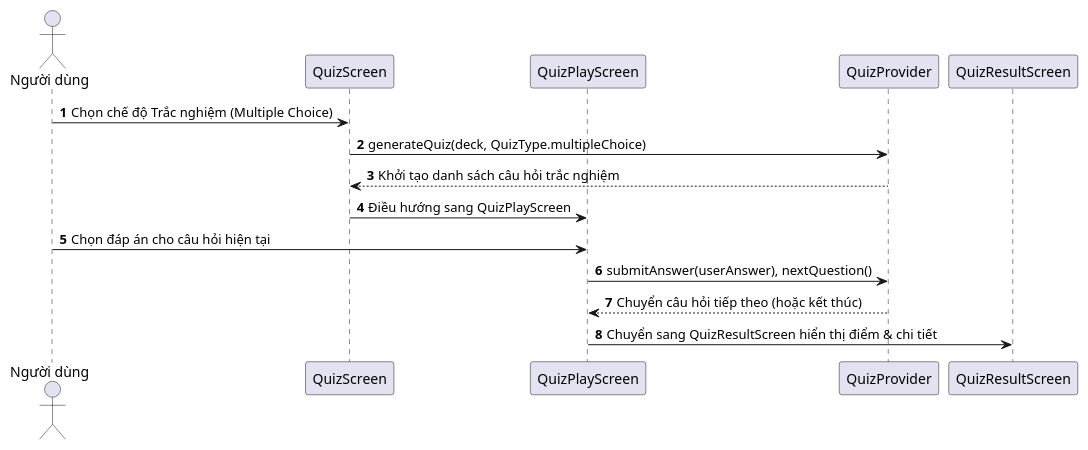
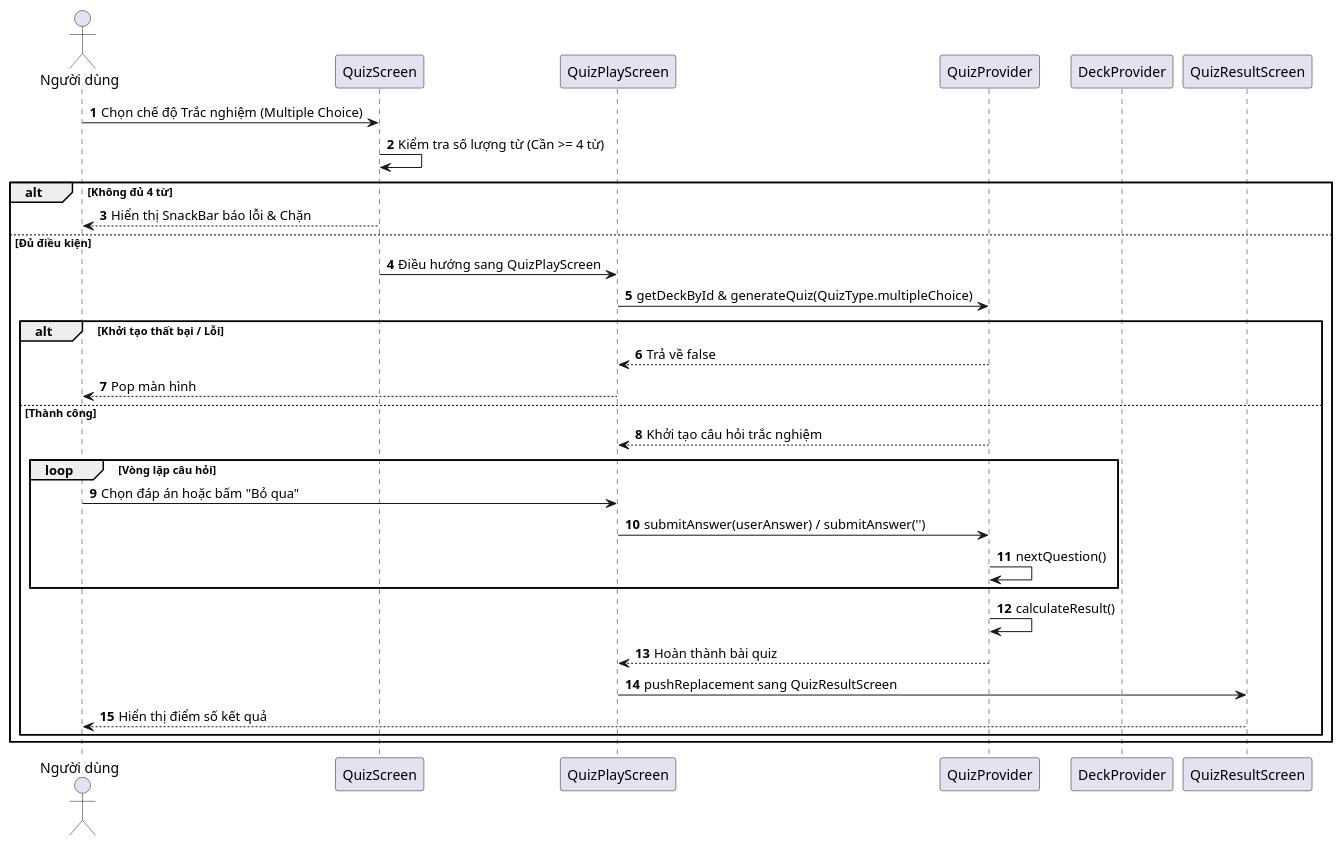
One commit to hoang-adu/2026_2027_1_1_LTTBDD_N01_Nhom_2 changed the diagram in docs/sequence_quiz_multiple_choice.puml. Above: the diagram before and after it, drawn with PlantUML. The commit also changed 3 other files, not shown here.

```diff
--- a/docs/sequence_quiz_multiple_choice.puml
+++ b/docs/sequence_quiz_multiple_choice.puml
@@ -1,17 +1,33 @@
 @startuml
 autonumber
 actor "Người dùng" as User
 participant "QuizScreen" as UI1
 participant "QuizPlayScreen" as UI2
 participant "QuizProvider" as Provider
+participant "DeckProvider" as DeckProvider
 participant "QuizResultScreen" as UIResult
 
 User -> UI1: Chọn chế độ Trắc nghiệm (Multiple Choice)
-UI1 -> Provider: generateQuiz(deck, QuizType.multipleChoice)
-Provider --> UI1: Khởi tạo danh sách câu hỏi trắc nghiệm
-UI1 -> UI2: Điều hướng sang QuizPlayScreen
-User -> UI2: Chọn đáp án cho câu hỏi hiện tại
-UI2 -> Provider: submitAnswer(userAnswer), nextQuestion()
-Provider --> UI2: Chuyển câu hỏi tiếp theo (hoặc kết thúc)
-UI2 -> UIResult: Chuyển sang QuizResultScreen hiển thị điểm & chi tiết
+UI1 -> UI1: Kiểm tra số lượng từ (Cần >= 4 từ)
+alt Không đủ 4 từ
+    UI1 --> User: Hiển thị SnackBar báo lỗi & Chặn
+else Đủ điều kiện
+    UI1 -> UI2: Điều hướng sang QuizPlayScreen
+    UI2 -> Provider: getDeckById & generateQuiz(QuizType.multipleChoice)
+    alt Khởi tạo thất bại / Lỗi
+        Provider --> UI2: Trả về false
+        UI2 --> User: Pop màn hình
+    else Thành công
+        Provider --> UI2: Khởi tạo câu hỏi trắc nghiệm
+        loop Vòng lặp câu hỏi
+            User -> UI2: Chọn đáp án hoặc bấm "Bỏ qua"
+            UI2 -> Provider: submitAnswer(userAnswer) / submitAnswer('')
+            Provider -> Provider: nextQuestion()
+        end
+        Provider -> Provider: calculateResult()
+        Provider --> UI2: Hoàn thành bài quiz
+        UI2 -> UIResult: pushReplacement sang QuizResultScreen
+        UIResult --> User: Hiển thị điểm số kết quả
+    end
+end
 @enduml
```
